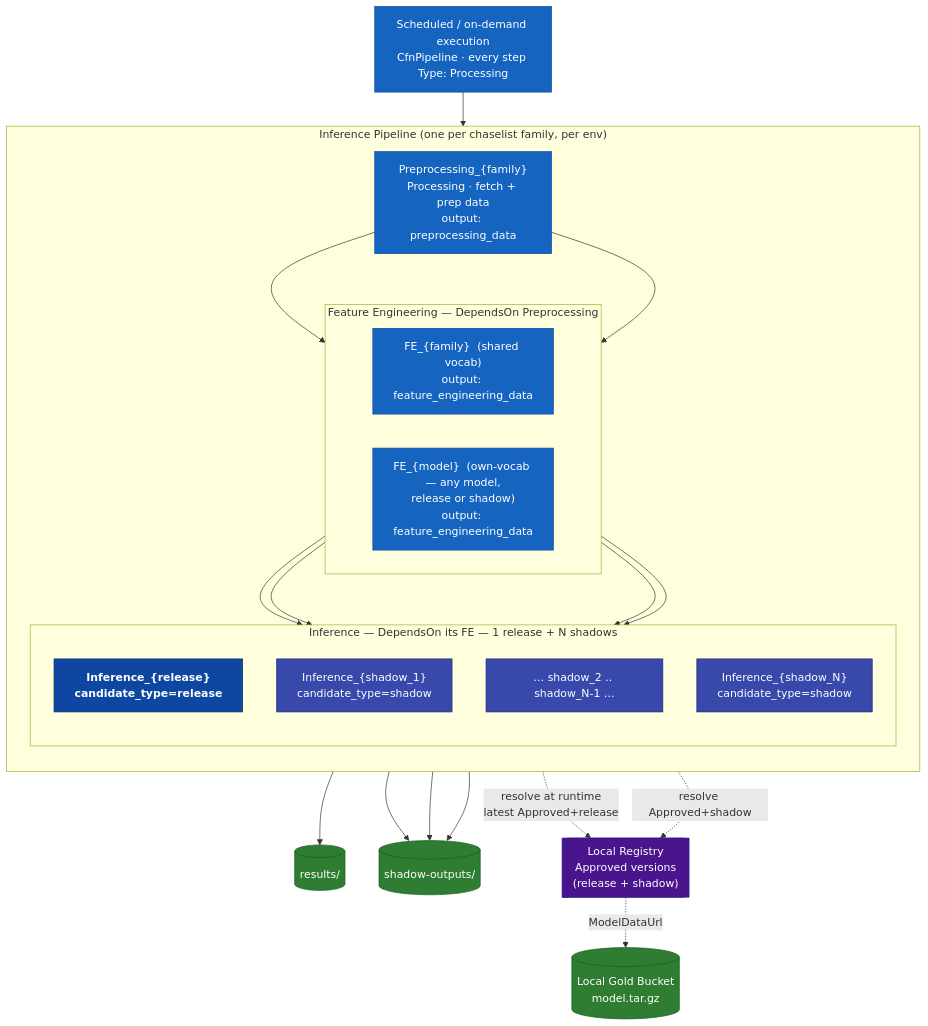
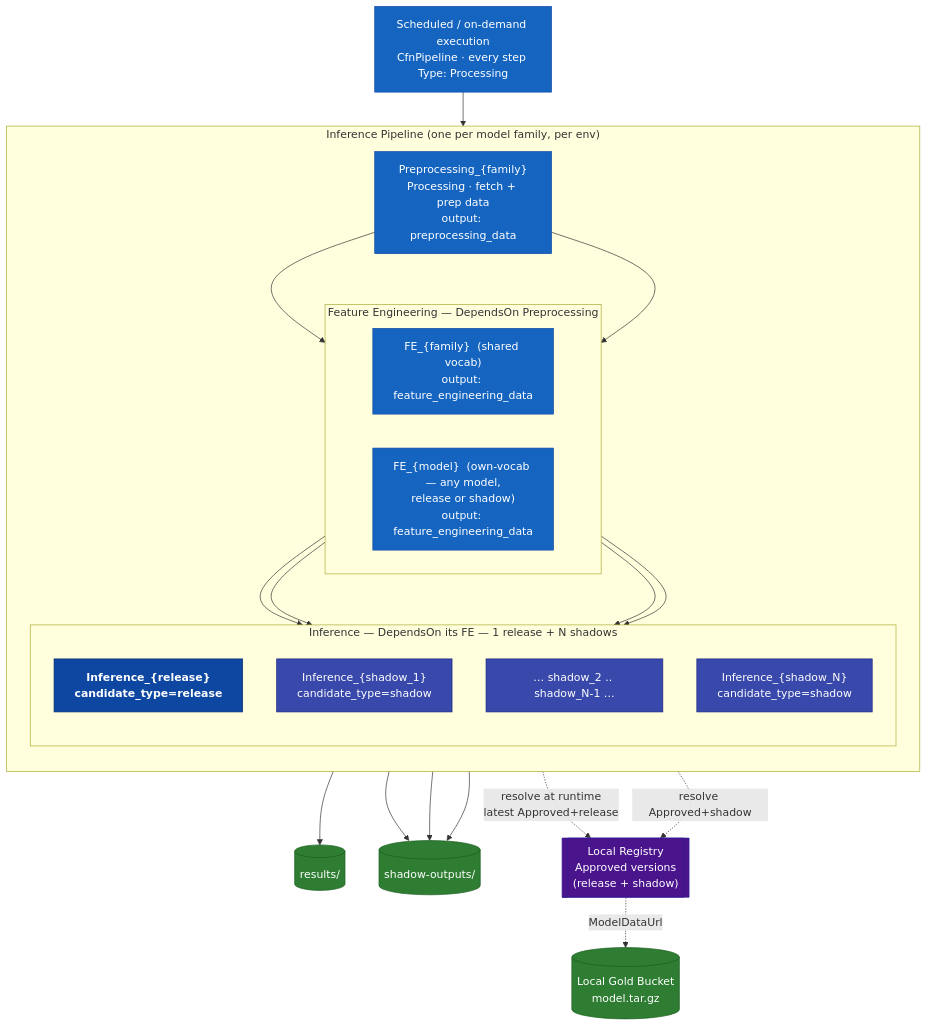
The sixth of 6 diagrams in test.md (schilker/public), drawn with Mermaid before and after one commit. The commit also changed other lines of this file, not shown here.

````diff
--- a/test.md
+++ b/test.md
@@ -357,58 +398,58 @@
 ```mermaid
 flowchart TD
     classDef auto  fill:#1565c0,stroke:#0d47a1,color:#fff
     classDef store fill:#2e7d32,stroke:#1b5e20,color:#fff
     classDef reg   fill:#4a148c,stroke:#311b92,color:#fff
     classDef prim  fill:#0d47a1,stroke:#08306b,color:#fff,font-weight:bold
     classDef shad  fill:#3949ab,stroke:#1a237e,color:#fff
 
     SCHED["Scheduled / on-demand execution\nCfnPipeline · every step Type: Processing"]
 
-    subgraph PIPE["Inference Pipeline (one per chaselist family, per env)"]
+    subgraph PIPE["Inference Pipeline (one per model family, per env)"]
         direction TB
 
         PP["Preprocessing_{family}\nProcessing · fetch + prep data\noutput: preprocessing_data"]
 
         subgraph FELAYER["Feature Engineering — DependsOn Preprocessing"]
             direction LR
             FES["FE_{family}  (shared vocab)\noutput: feature_engineering_data"]
             FEO["FE_{model}  (own-vocab — any model,\nrelease or shadow)\noutput: feature_engineering_data"]
         end
 
         subgraph INF["Inference — DependsOn its FE — 1 release + N shadows"]
             direction TB
             IP["Inference_{release}\ncandidate_type=release"]
             IS1["Inference_{shadow_1}\ncandidate_type=shadow"]
             IDOTS["… shadow_2 .. shadow_N-1 …"]
             ISN["Inference_{shadow_N}\ncandidate_type=shadow"]
         end
 
         PP --> FES
         PP --> FEO
         FEO --> IP
         FES --> IS1
         FES --> IDOTS
         FES --> ISN
     end
 
     RESULTS[("results/")]
     SHADOUT[("shadow-outputs/")]
     LOCALREG[["Local Registry\nApproved versions\n(release + shadow)"]]
     LOCALGOLD[("Local Gold Bucket\nmodel.tar.gz")]
 
     SCHED --> PP
     IP --> RESULTS
     IS1 --> SHADOUT
     IDOTS --> SHADOUT
     ISN --> SHADOUT
 
     IP -. "resolve at runtime\nlatest Approved+release" .-> LOCALREG
     ISN -. "resolve Approved+shadow" .-> LOCALREG
     LOCALREG -. "ModelDataUrl" .-> LOCALGOLD
 
     class SCHED,PP,FES,FEO auto
     class IP prim
     class IS1,ISN,IDOTS shad
     class RESULTS,SHADOUT,LOCALGOLD store
     class LOCALREG reg
 ```
````
